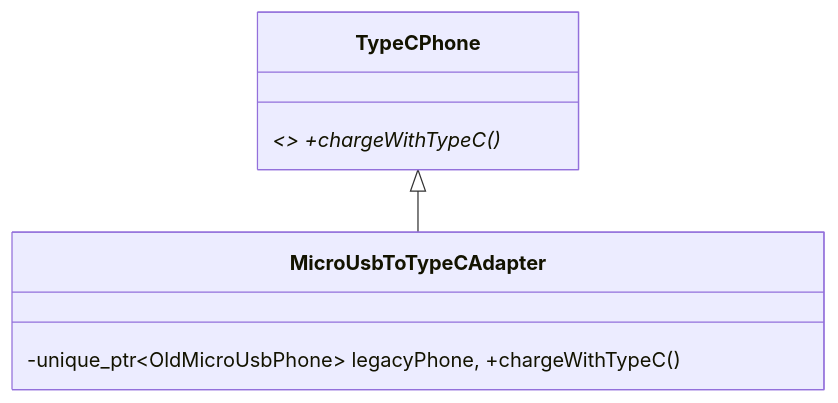
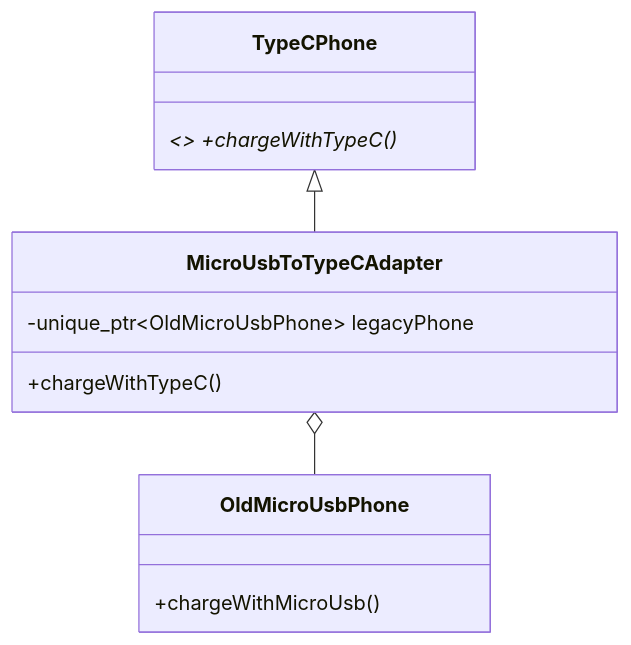
The ninth of 22 diagrams in readme.md (divyap271/systemDesign), drawn with Mermaid before and after one commit. The commit also changed other lines of this file, not shown here.

````diff
--- a/readme.md
+++ b/readme.md
@@ -145,6 +258,11 @@
 ```mermaid
 classDiagram
     class TypeCPhone { <<interface>> +chargeWithTypeC()* }
-    class MicroUsbToTypeCAdapter { -unique_ptr~OldMicroUsbPhone~ legacyPhone, +chargeWithTypeC() }
+    class OldMicroUsbPhone { +chargeWithMicroUsb() }
+    class MicroUsbToTypeCAdapter {
+        -unique_ptr~OldMicroUsbPhone~ legacyPhone
+        +chargeWithTypeC()
+    }
     TypeCPhone <|-- MicroUsbToTypeCAdapter
+    MicroUsbToTypeCAdapter o-- OldMicroUsbPhone
 ```
````
